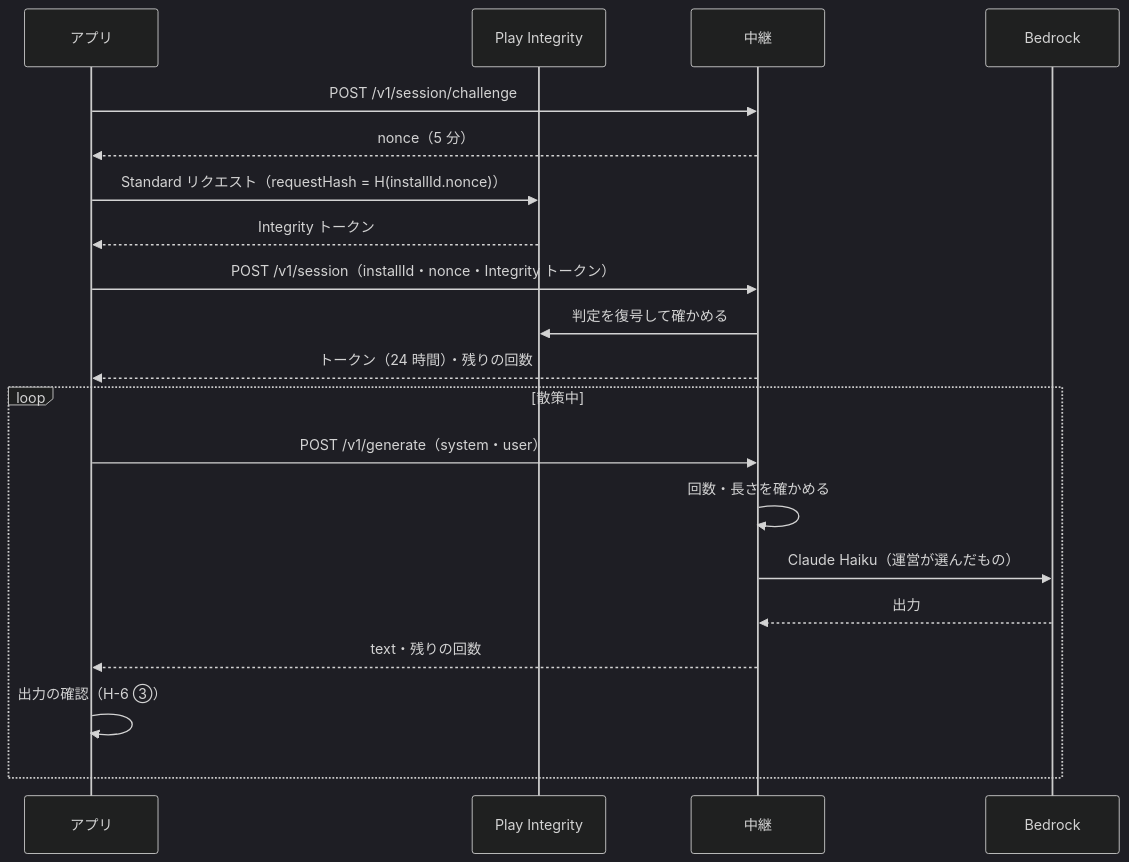
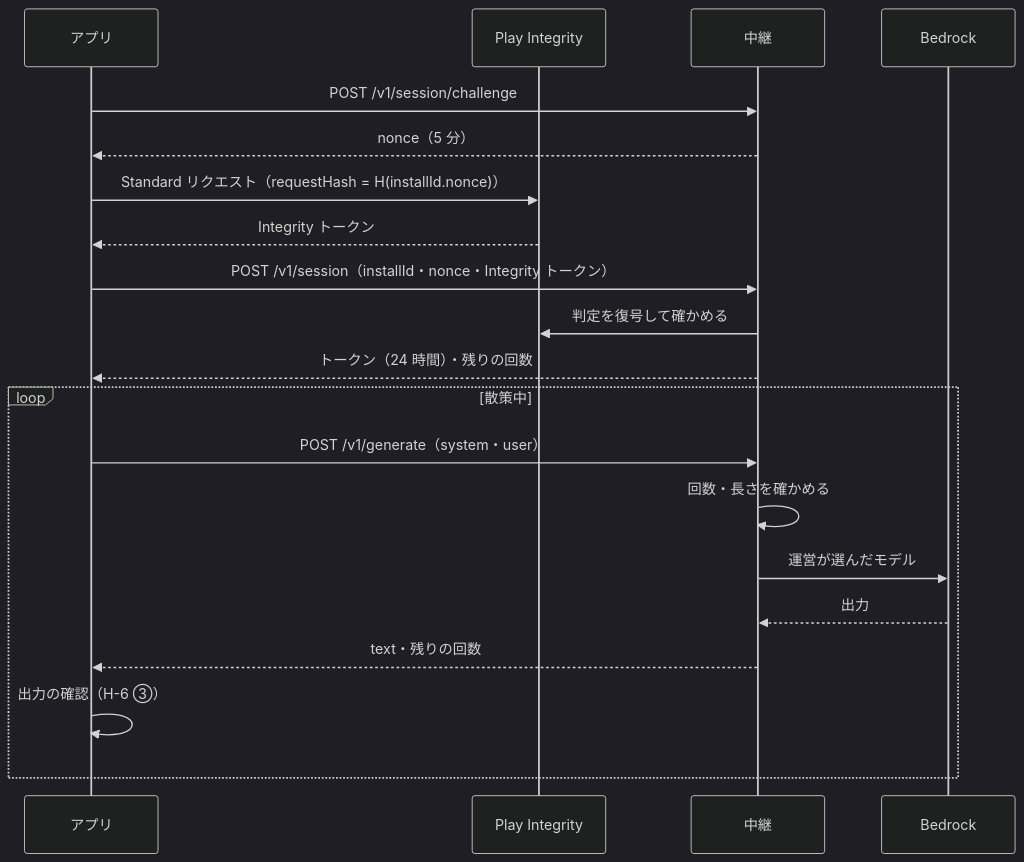
Before and after one commit to duwenji/yorisoi-platform: the diagram in docs/contracts/API-AI-RELAY.md, drawn with Mermaid (dark theme). The commit also changed other lines of this file and 2 other files, not shown here.

First line of the commit message:
docs: the relay runs DeepSeek V3.2 in Tokyo, switchable to Haiku 4.5

````diff
--- a/docs/contracts/API-AI-RELAY.md
+++ b/docs/contracts/API-AI-RELAY.md
@@ -64,22 +64,22 @@
 ```mermaid
 sequenceDiagram
     participant A as アプリ
     participant P as Play Integrity
     participant R as 中継
     participant B as Bedrock
     A->>R: POST /v1/session/challenge
     R-->>A: nonce（5 分）
     A->>P: Standard リクエスト（requestHash = H(installId.nonce)）
     P-->>A: Integrity トークン
     A->>R: POST /v1/session（installId・nonce・Integrity トークン）
     R->>P: 判定を復号して確かめる
     R-->>A: トークン（24 時間）・残りの回数
     loop 散策中
         A->>R: POST /v1/generate（system・user）
         R->>R: 回数・長さを確かめる
-        R->>B: Claude Haiku（運営が選んだもの）
+        R->>B: 運営が選んだモデル
         B-->>R: 出力
         R-->>A: text・残りの回数
         A->>A: 出力の確認（H-6 ③）
     end
 ```
````
